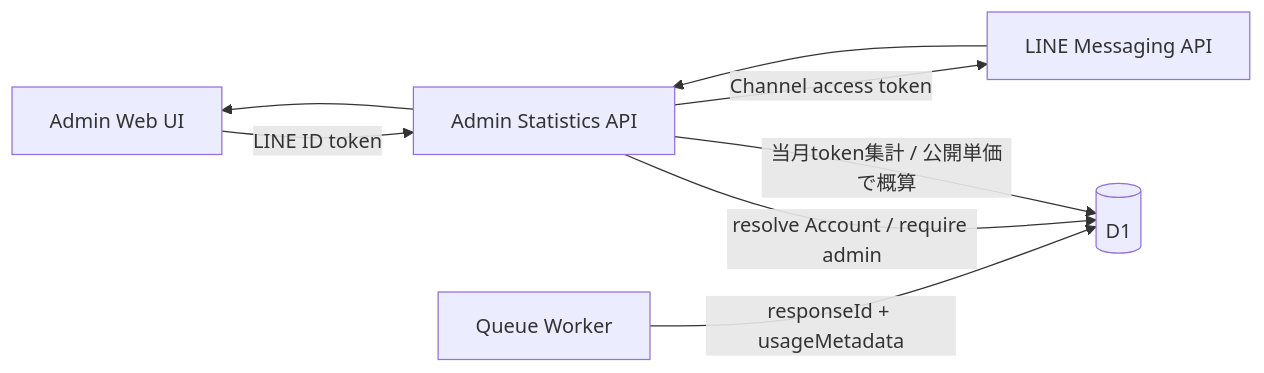
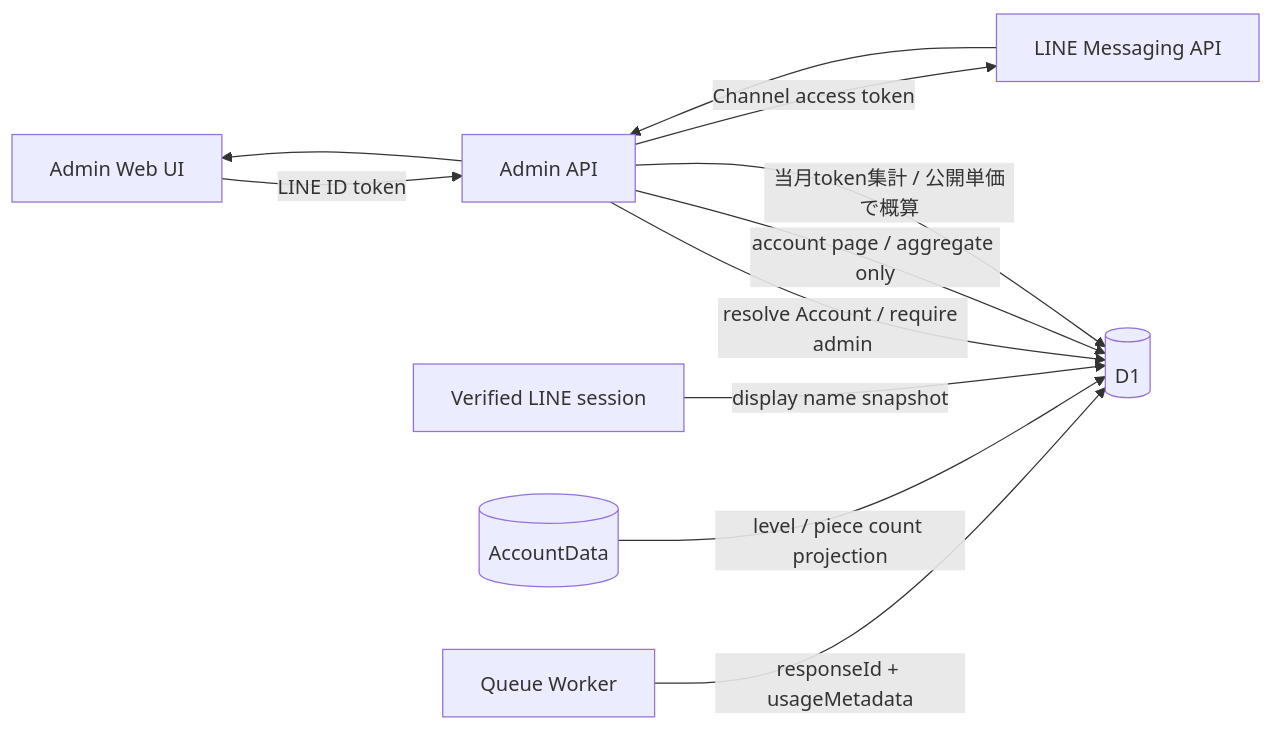
Before and after one commit to kkyosuke/me-builder: the diagram in docs/architecture/admin-statistics-dashboard.md, drawn with Mermaid. The commit also changed other lines of this file and 6 other files, not shown here.

````diff
--- a/docs/architecture/admin-statistics-dashboard.md
+++ b/docs/architecture/admin-statistics-dashboard.md
@@ -61,10 +129,13 @@
 ```mermaid
 flowchart LR
-    A[Admin Web UI] -->|LINE ID token| API[Admin Statistics API]
+    A[Admin Web UI] -->|LINE ID token| API[Admin API]
     API -->|resolve Account / require admin| D1[(D1)]
+    LIFF[Verified LINE session] -->|display name snapshot| D1
+    AD[(AccountData)] -->|level / piece count projection| D1
+    API -->|account page / aggregate only| D1
     W[Queue Worker] -->|responseId + usageMetadata| D1
     API -->|当月token集計 / 公開単価で概算| D1
     API -->|Channel access token| LINE[LINE Messaging API]
     LINE --> API
     API --> A
 ```
````
